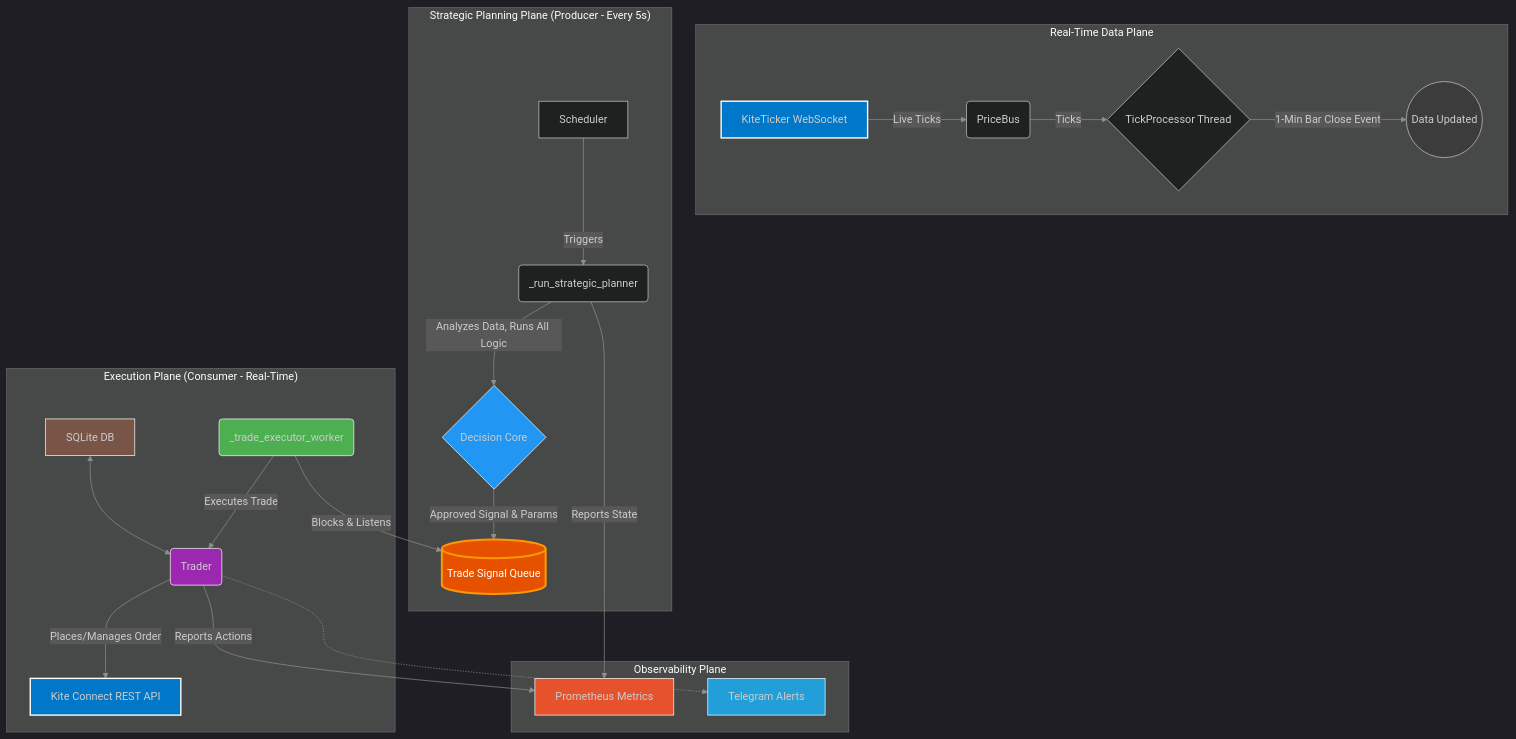
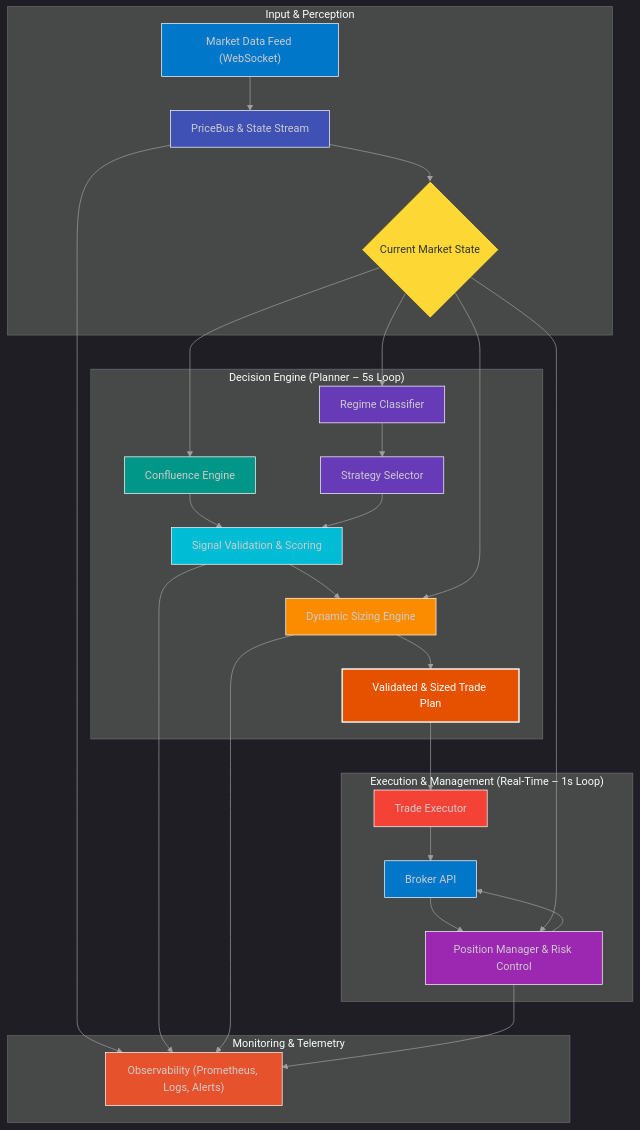
Before and after one commit to sriramvarun0636/SentinelPrime: the diagram in README.md, drawn with Mermaid. The commit also changed other lines of this file, not shown here.

`````diff
--- a/README.md
+++ b/README.md
@@ -15,41 +84,56 @@
 ```mermaid
-%%{init: {'theme': 'dark', 'themeVariables': { 'primaryColor': '#1a1a1a', 'primaryTextColor': '#e6e6e6', 'lineColor': '#8f8f8f', 'secondaryColor': '#2a2a2a'}}}%%
+%%{init: {'theme': 'dark', 'themeVariables': { 'primaryColor': '#1f2023', 'primaryTextColor': '#f0f0f0', 'lineColor': '#a0a0a0', 'secondaryColor': '#2a2a2e'}, 'themeCSS': '.mermaid svg { max-width: 800px; margin: 0 auto; }'}}%%
 graph TD
-    subgraph "Real-Time Data Plane"
-        A[KiteTicker WebSocket] -->|Live Ticks| B(PriceBus);
-        B -->|Ticks| C{TickProcessor Thread};
-        C -->|1-Min Bar Close Event| D((Data Updated));
+    subgraph Input_Perception["Input & Perception"]
+        A["Market Data Feed (WebSocket)"] --> B["PriceBus & State Stream"]
+        B --> C{"Current Market State"}
     end
 
-    subgraph "Strategic Planning Plane (Producer - Every 5s)"
-        E[Scheduler] -->|Triggers| F(_run_strategic_planner);
-        F -->|Analyzes Data, Runs All Logic| G{Decision Core};
-        G -->|Approved Signal & Params| H[(Trade Signal Queue)];
-    end
-    
-    subgraph "Execution Plane (Consumer - Real-Time)"
-        I(_trade_executor_worker) -- Blocks & Listens --> H;
-        I -->|Executes Trade| J(Trader);
-        J -->|Places/Manages Order| K[Kite Connect REST API];
-        L[SQLite DB] <--> J;
+    subgraph Decision_Engine["Decision Engine (Planner – 5s Loop)"]
+        D["Regime Classifier"] --> E["Strategy Selector"]
+        F["Confluence Engine"] --> G["Signal Validation & Scoring"]
+        E --> G
+        G --> H["Dynamic Sizing Engine"]
+        H --> I["Validated & Sized Trade Plan"]
     end
 
-    subgraph "Observability Plane"
-        M[Prometheus Metrics]
-        N[Telegram Alerts]
-        F -- Reports State --> M
-        J -- Reports Actions --> M
-        J -.-> N
+    subgraph Execution_Management["Execution & Management (Real-Time – 1s Loop)"]
+        J["Trade Executor"] --> K["Broker API"]
+        K --> L["Position Manager & Risk Control"]
+        L --> K
     end
 
-    style A fill:#0077c8,stroke:#fff,stroke-width:2px
-    style K fill:#0077c8,stroke:#fff,stroke-width:2px
-    style D fill:#3c3c3c,stroke:#ccc
-    style G fill:#2196f3,stroke:#fff
-    style H fill:#e65100,stroke:#ff9800,stroke-width:3px,color:#fff
-    style I fill:#4caf50,stroke:#fff
-    style J fill:#9c27b0,stroke:#fff
-    style L fill:#795548,stroke:#fff
+    subgraph Monitoring["Monitoring & Telemetry"]
+        M["Observability (Prometheus, Logs, Alerts)"]
+    end
+
+    %% Connections between Stages
+    C --> D
+    C --> F
+    C --> H
+    C --> L
+    I --> J
+
+    %% Connections to Monitoring
+    B --> M
+    G --> M
+    H --> M
+    L --> M
+
+    %% Styling
+    style A fill:#0077c8,stroke:#fff
+    style K fill:#0077c8,stroke:#fff
+    style B fill:#3f51b5,stroke:#fff
+    style C fill:#fdd835,stroke:#333,color:#333
+    style D fill:#673ab7,stroke:#fff
+    style E fill:#673ab7,stroke:#fff
+    style F fill:#009688,stroke:#fff
+    style G fill:#00bcd4,stroke:#fff
+    style H fill:#fb8c00,stroke:#fff
+    style I fill:#e65100,stroke:#fff,stroke-width:2px,color:#fff
+    style J fill:#f44336,stroke:#fff
+    style L fill:#9c27b0,stroke:#fff
     style M fill:#e6522c,stroke:#fff
-    style N fill:#229ed9,stroke:#fff
-```
+
+
+````
`````
